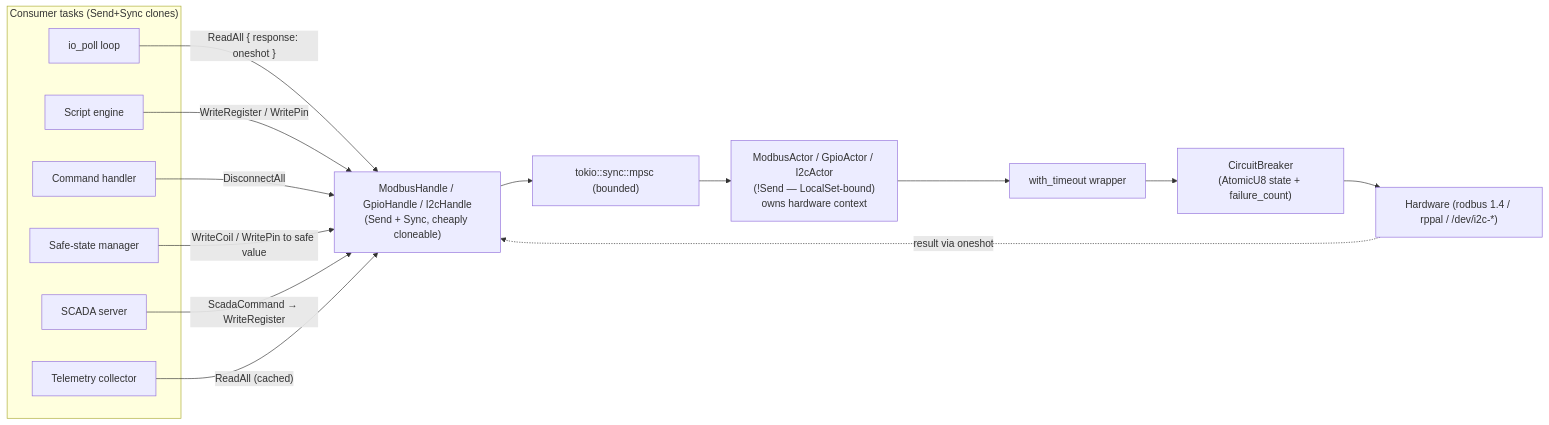
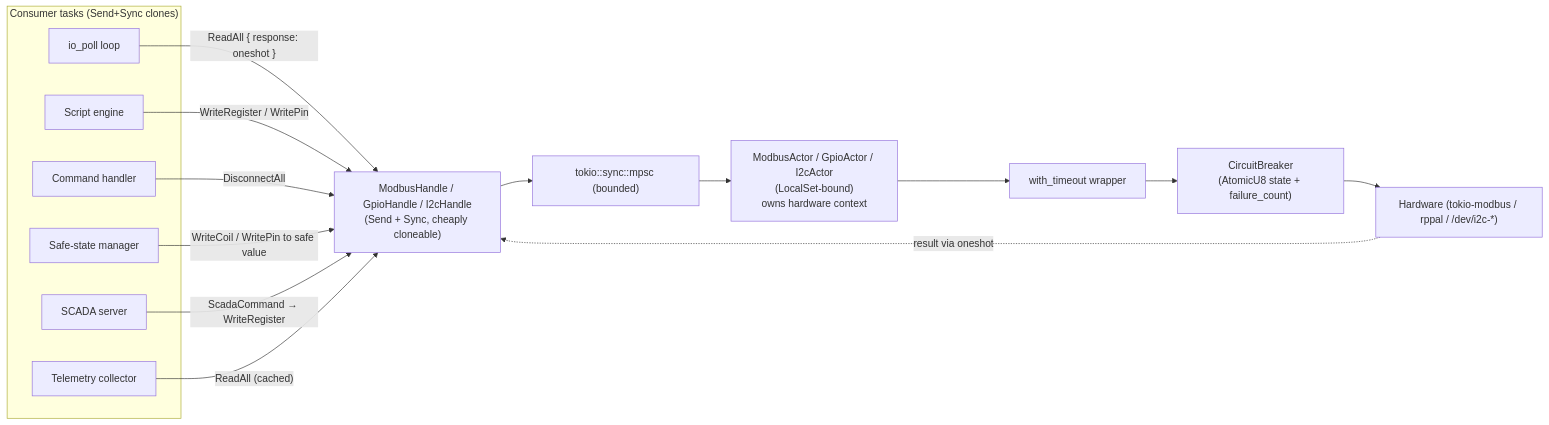
One commit to Okan-wqm/aquaculture_platform changed the first of 5 diagrams in sens-api-gateway/docs/architecture/c4-code.md. Above: the diagram before and after it, drawn with Mermaid. The commit also changed other lines of this file and 38 other files, not shown here.

````diff
--- a/sens-api-gateway/docs/architecture/c4-code.md
+++ b/sens-api-gateway/docs/architecture/c4-code.md
@@ -24,32 +24,32 @@
 ```mermaid
 flowchart LR
     subgraph consumer["Consumer tasks (Send+Sync clones)"]
         ioPoll["io_poll loop"]
         scriptEngine["Script engine"]
         commandHandler["Command handler"]
         safeState["Safe-state manager"]
         scadaServer["SCADA server"]
         telemetry["Telemetry collector"]
     end
 
     handle["ModbusHandle / GpioHandle / I2cHandle\n(Send + Sync, cheaply cloneable)"]
     channel["tokio::sync::mpsc (bounded)"]
-    actor["ModbusActor / GpioActor / I2cActor\n(!Send — LocalSet-bound)\nowns hardware context"]
+    actor["ModbusActor / GpioActor / I2cActor\n(LocalSet-bound)\nowns hardware context"]
     circuit["CircuitBreaker\n(AtomicU8 state + failure_count)"]
     timeout["with_timeout wrapper"]
-    hw["Hardware (rodbus 1.4 / rppal / /dev/i2c-*)"]
+    hw["Hardware (tokio-modbus / rppal / /dev/i2c-*)"]
 
     ioPoll -->|"ReadAll { response: oneshot }"| handle
     scriptEngine -->|"WriteRegister / WritePin"| handle
     commandHandler -->|"DisconnectAll"| handle
     safeState -->|"WriteCoil / WritePin to safe value"| handle
     scadaServer -->|"ScadaCommand → WriteRegister"| handle
     telemetry -->|"ReadAll (cached)"| handle
 
     handle --> channel
     channel --> actor
     actor --> timeout
     timeout --> circuit
     circuit --> hw
     hw -.->|"result via oneshot"| handle
 ```
````
